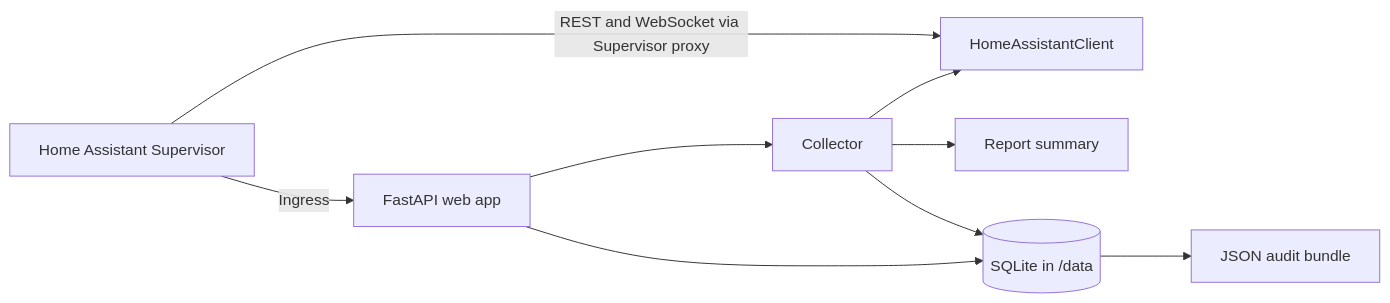
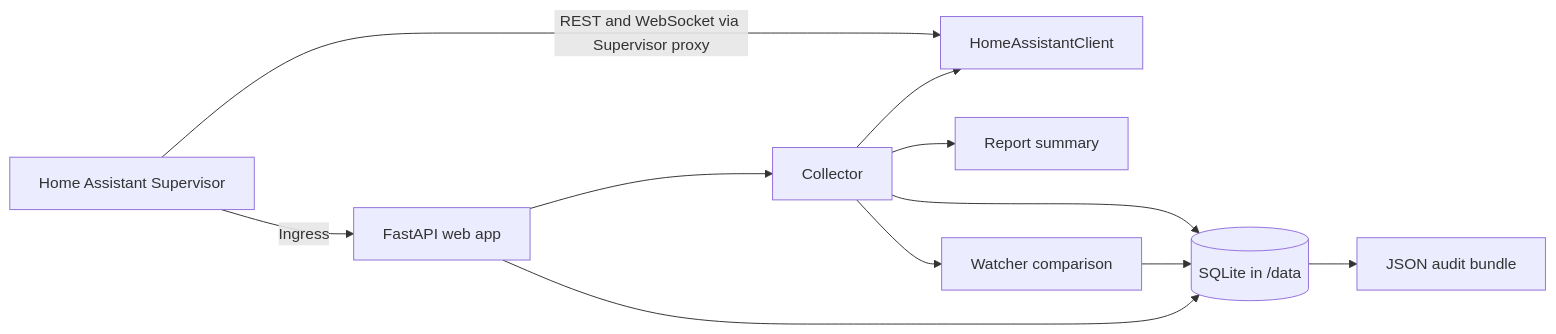
The diagram in docs/ARCHITECTURE.md (Humpadilo/The-Nexus), drawn with Mermaid before and after one commit. The commit also changed other lines of this file and 21 other files, not shown here.

````diff
--- a/docs/ARCHITECTURE.md
+++ b/docs/ARCHITECTURE.md
@@ -9,11 +9,13 @@
 ```mermaid
 flowchart LR
     HA[Home Assistant Supervisor] -->|Ingress| UI[FastAPI web app]
     HA -->|REST and WebSocket via Supervisor proxy| API[HomeAssistantClient]
     UI --> COL[Collector]
     COL --> API
     COL --> REP[Report summary]
+    COL --> WATCH[Watcher comparison]
     COL --> DB[(SQLite in /data)]
+    WATCH --> DB
     UI --> DB
     DB --> JSON[JSON audit bundle]
 ```
````
